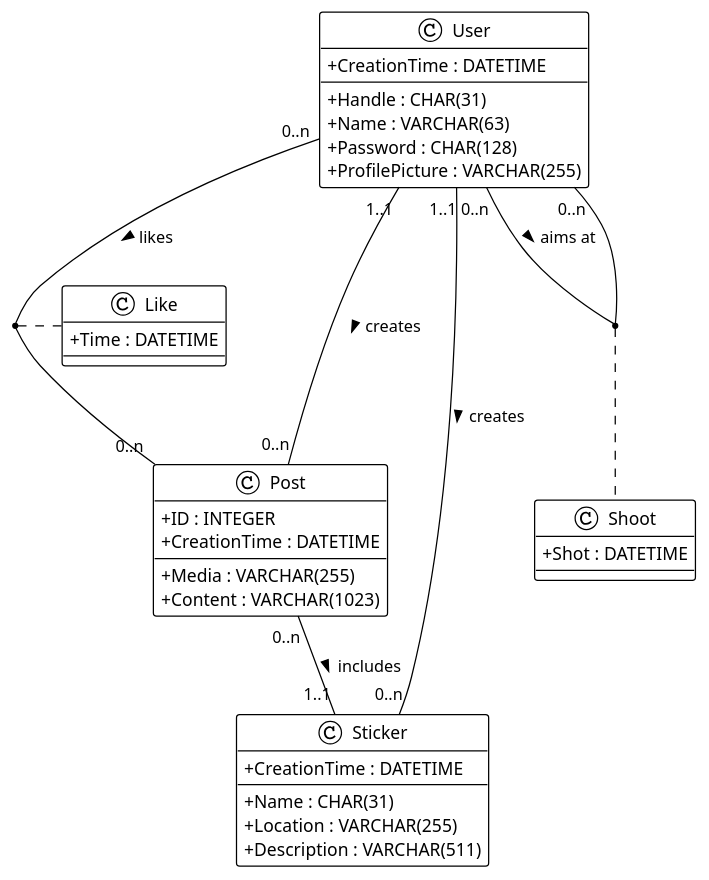
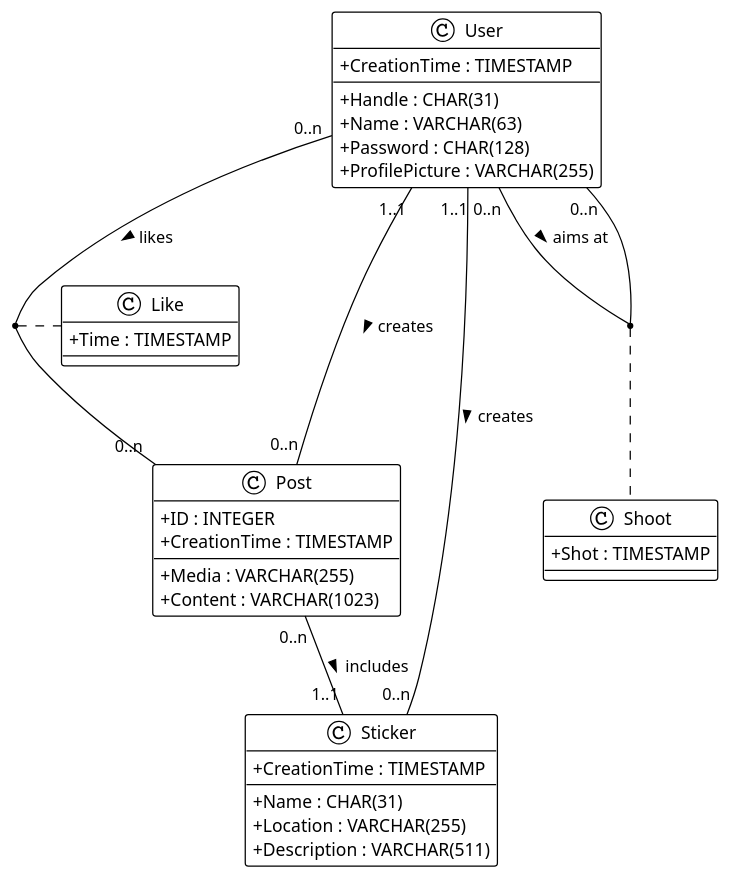
The diagram in doc/hiddlestick.puml (luca-baeck/Soziales-Netzwerk), drawn with PlantUML before and after one commit. The commit also changed 2 other files, not shown here.

Commit message:
Changed time format from DATETIME to TIMESTAMP

```diff
--- a/doc/hiddlestick.puml
+++ b/doc/hiddlestick.puml
@@ -1,59 +1,59 @@
 @startuml hiddlestick
 
 !theme plain
 skinparam ClassAttributeIconSize 0
 
 class User{
     + Handle : CHAR(31)
     + Name : VARCHAR(63)
     + Password : CHAR(128)
     + ProfilePicture : VARCHAR(255)
-    + CreationTime : DATETIME
+    + CreationTime : TIMESTAMP
 }
 
 class Post{
     + ID : INTEGER
     /'
     + Creator : CHAR(31)
     + Sticker : CHAR(31)
     '/
     + Media : VARCHAR(255)
     + Content : VARCHAR(1023)
-    + CreationTime : DATETIME
+    + CreationTime : TIMESTAMP
 }
 
 class Sticker{
     + Name : CHAR(31)
     + Location : VARCHAR(255)
     /'
     + Creator : CHAR(31)
     '/
     + Description : VARCHAR(511)
-    + CreationTime : DATETIME
+    + CreationTime : TIMESTAMP
 }
 
 User "0..n" -- "0..n" User : aims at >
 (User, User) . Shoot
 User "1..1" -- "0..n" Post : creates >
 User "1..1" -- "0..n" Sticker : creates >
 Post "0..n" -- "1..1" Sticker : includes >
 User "0..n" -- "0..n" Post : likes >
 (User, Post) . Like
 
 class Shoot{
     /'
     + Target : CHAR(31)
     + Archer : CHAR(31)
     '/
-    + Shot : DATETIME
+    + Shot : TIMESTAMP
 }
 
 class Like{
     /'
     + PostID : INTEGER
     + User : CHAR(31)
     '/
-    + Time : DATETIME
+    + Time : TIMESTAMP
 }
 
 @enduml
```
